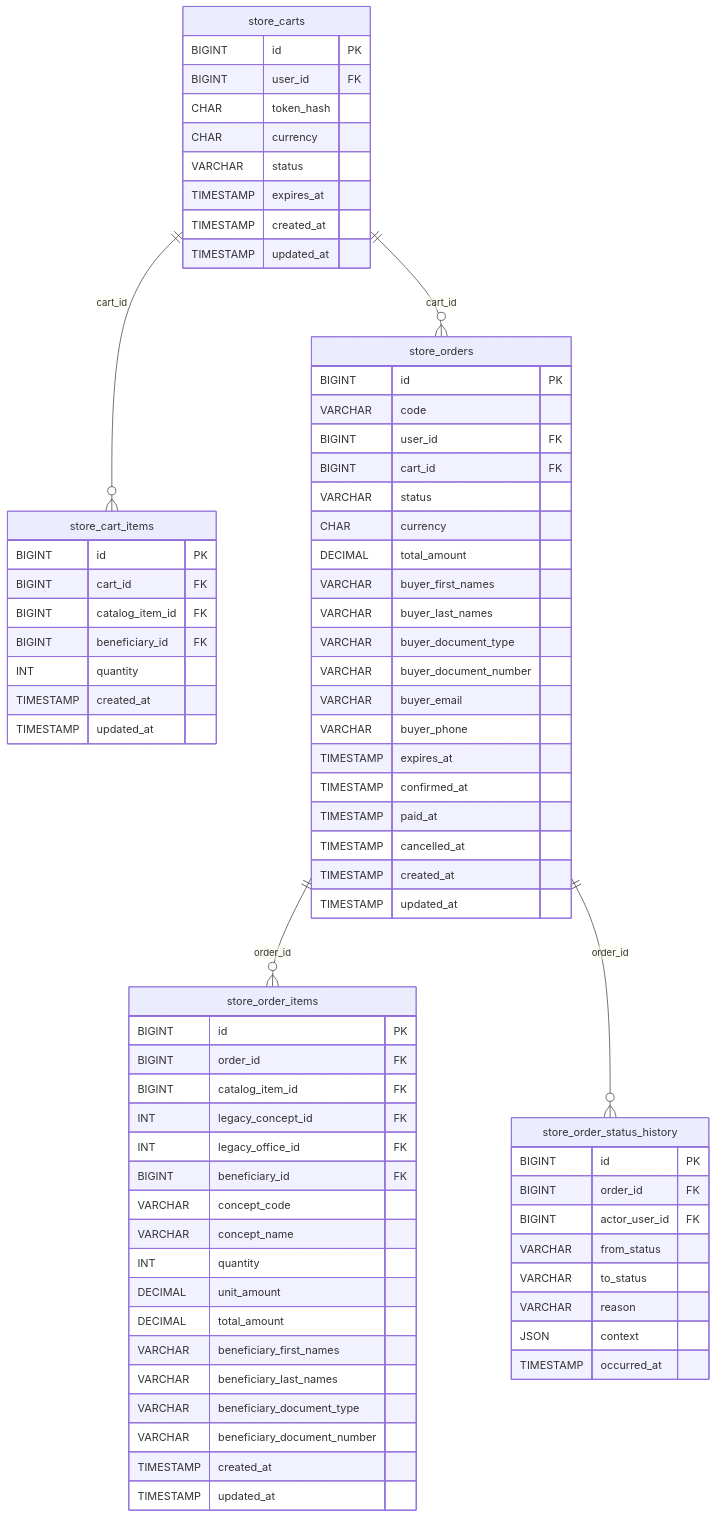
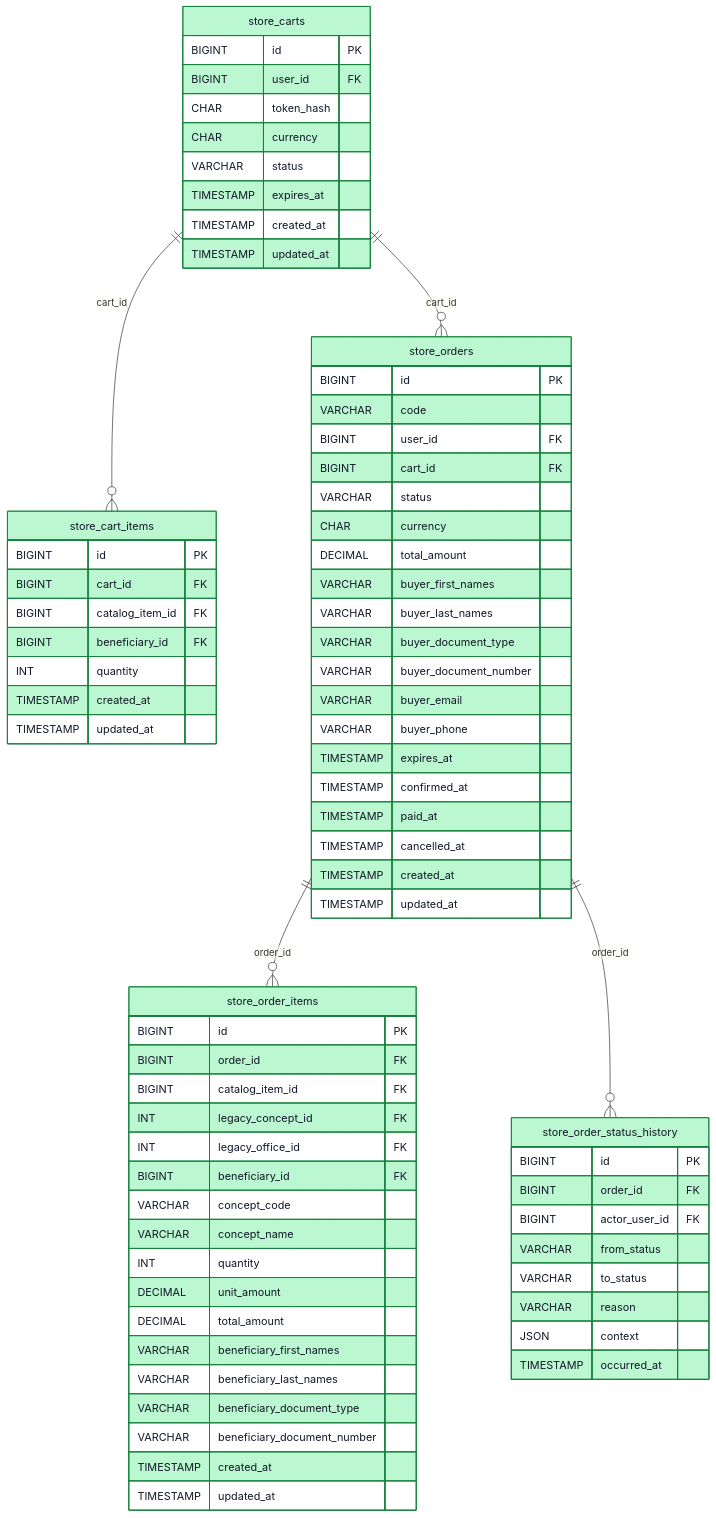
One commit to JIMMY1012102/UNDC-Pagos-Posgrado changed the diagram in docs/modelo-datos/pedidos.md. Above: the diagram before and after it, drawn with Mermaid.

Commit message:
docs(db): paleta funcional para diagrama pedidos

````diff
--- a/docs/modelo-datos/pedidos.md
+++ b/docs/modelo-datos/pedidos.md
@@ -3,76 +3,81 @@
 ```mermaid
 erDiagram
   store_carts {
 BIGINT id PK
 BIGINT user_id FK
 CHAR token_hash
 CHAR currency
 VARCHAR status
 TIMESTAMP expires_at
 TIMESTAMP created_at
 TIMESTAMP updated_at
   }
   store_cart_items {
 BIGINT id PK
 BIGINT cart_id FK
 BIGINT catalog_item_id FK
 BIGINT beneficiary_id FK
 INT quantity
 TIMESTAMP created_at
 TIMESTAMP updated_at
   }
   store_orders {
 BIGINT id PK
 VARCHAR code
 BIGINT user_id FK
 BIGINT cart_id FK
 VARCHAR status
 CHAR currency
 DECIMAL total_amount
 VARCHAR buyer_first_names
 VARCHAR buyer_last_names
 VARCHAR buyer_document_type
 VARCHAR buyer_document_number
 VARCHAR buyer_email
 VARCHAR buyer_phone
 TIMESTAMP expires_at
 TIMESTAMP confirmed_at
 TIMESTAMP paid_at
 TIMESTAMP cancelled_at
 TIMESTAMP created_at
 TIMESTAMP updated_at
   }
   store_order_items {
 BIGINT id PK
 BIGINT order_id FK
 BIGINT catalog_item_id FK
 INT legacy_concept_id FK
 INT legacy_office_id FK
 BIGINT beneficiary_id FK
 VARCHAR concept_code
 VARCHAR concept_name
 INT quantity
 DECIMAL unit_amount
 DECIMAL total_amount
 VARCHAR beneficiary_first_names
 VARCHAR beneficiary_last_names
 VARCHAR beneficiary_document_type
 VARCHAR beneficiary_document_number
 TIMESTAMP created_at
 TIMESTAMP updated_at
   }
   store_order_status_history {
 BIGINT id PK
 BIGINT order_id FK
 BIGINT actor_user_id FK
 VARCHAR from_status
 VARCHAR to_status
 VARCHAR reason
 JSON context
 TIMESTAMP occurred_at
   }
   store_carts ||--o{ store_cart_items : "cart_id"
   store_carts ||--o{ store_orders : "cart_id"
   store_orders ||--o{ store_order_items : "order_id"
   store_orders ||--o{ store_order_status_history : "order_id"
+  style store_carts fill:#BBF7D0,stroke:#15803D,color:#111827
+  style store_cart_items fill:#BBF7D0,stroke:#15803D,color:#111827
+  style store_orders fill:#BBF7D0,stroke:#15803D,color:#111827
+  style store_order_items fill:#BBF7D0,stroke:#15803D,color:#111827
+  style store_order_status_history fill:#BBF7D0,stroke:#15803D,color:#111827
 ```
````
